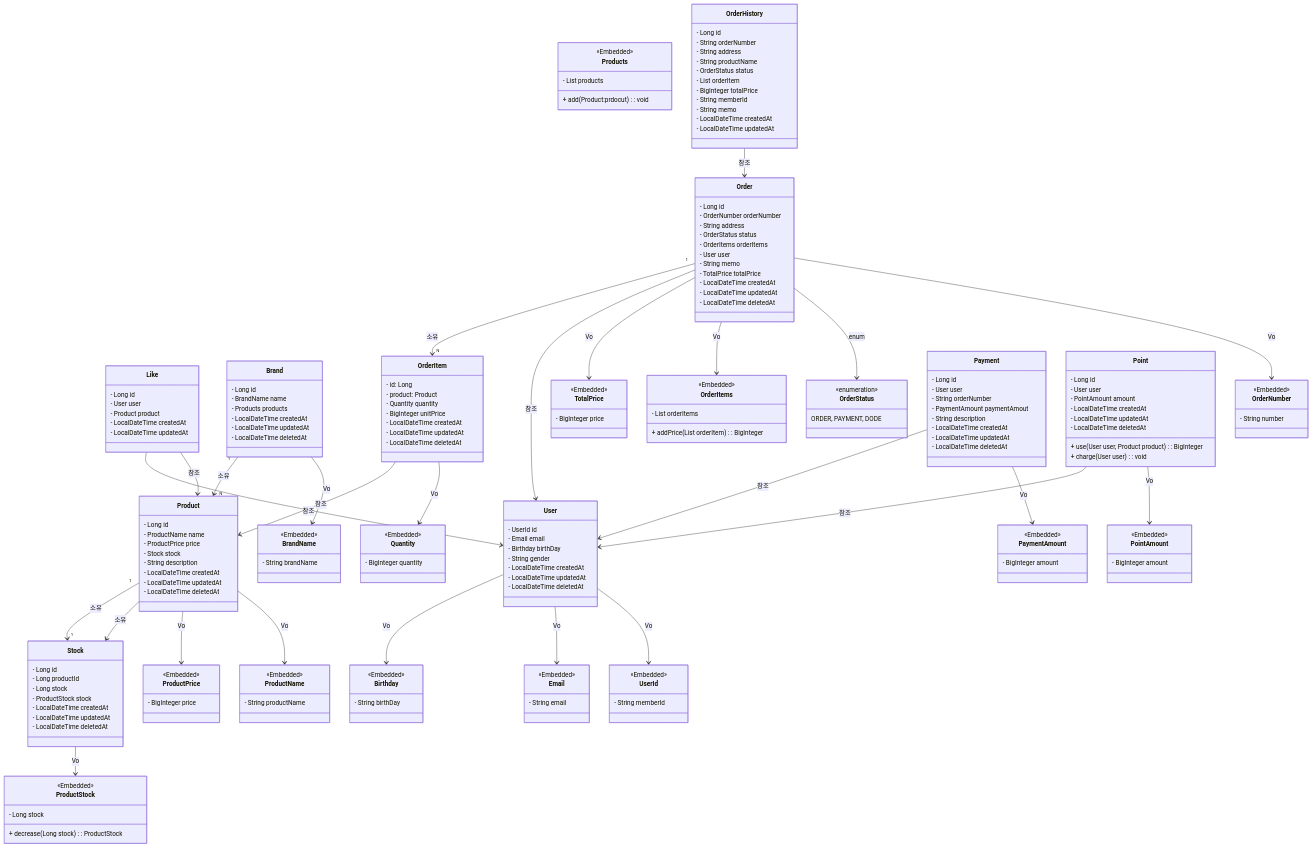
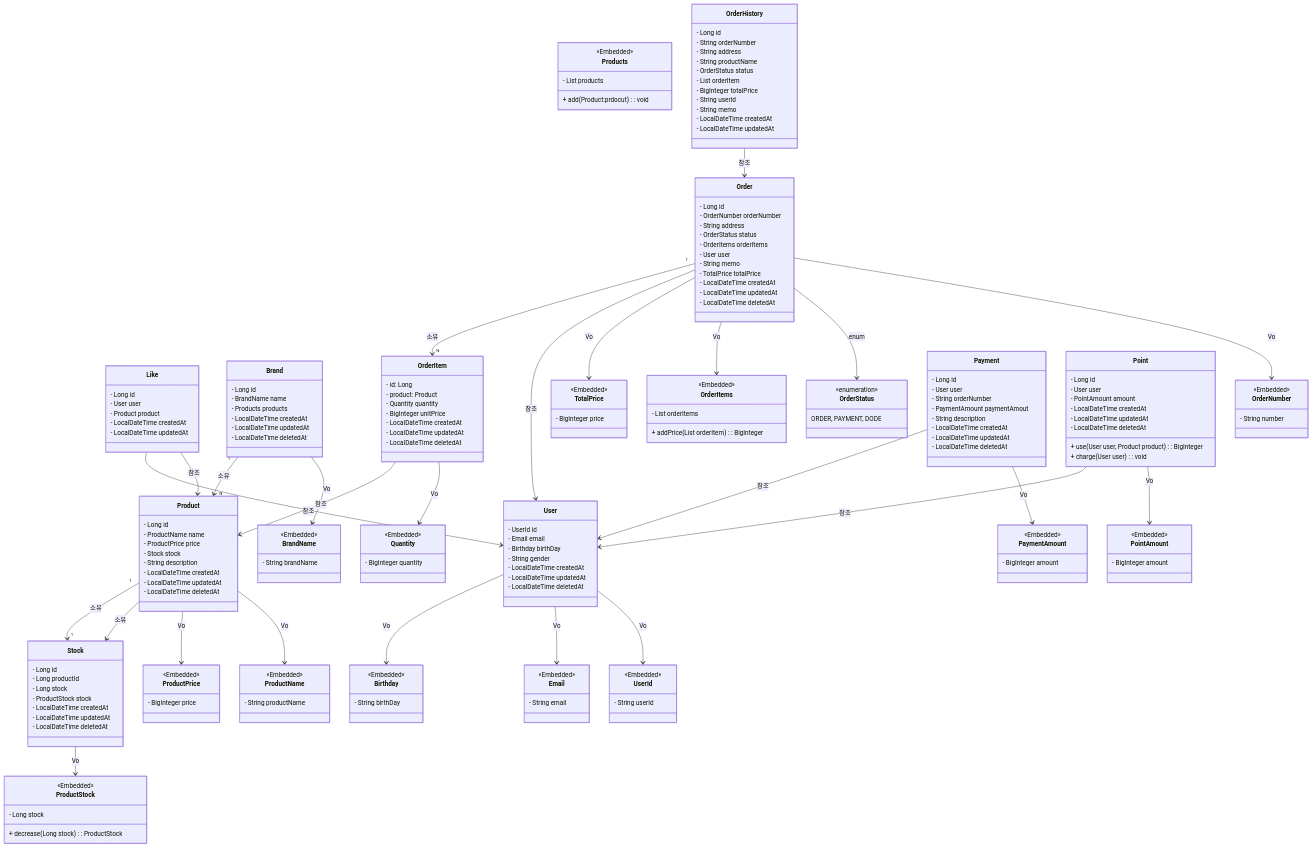
The diagram in apps/commerce-api/docs/desigin/03-class-diagrams.md (Loopers-Team-6/younghun), drawn with Mermaid before and after one commit. The commit also changed 14 other files, not shown here.

Commit message:
refactor: 롤백 memberId -> userId

```diff
--- a/apps/commerce-api/docs/desigin/03-class-diagrams.md
+++ b/apps/commerce-api/docs/desigin/03-class-diagrams.md
@@ -17,7 +17,7 @@
 
 class UserId {
     <<Embedded>>
- - String memberId
+ - String userId
 }
 
 class Email {
@@ -168,7 +168,7 @@
   - OrderStatus status
   - List<OrderItem> orderItem
   - BigInteger totalPrice
-  - String memberId
+  - String userId
   - String memo
   
   - LocalDateTime createdAt
```
